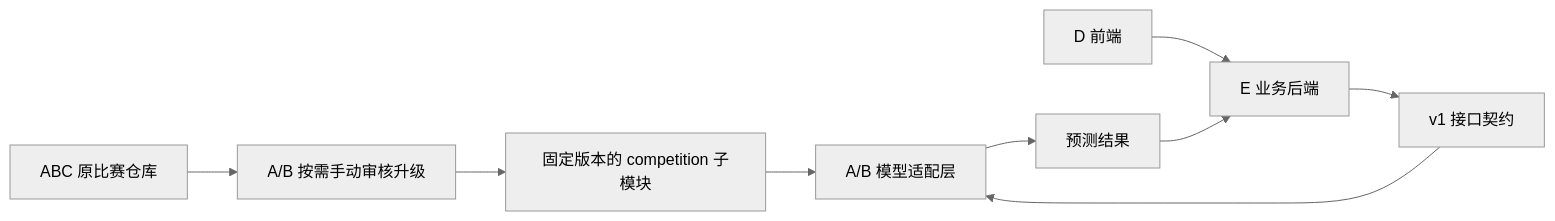
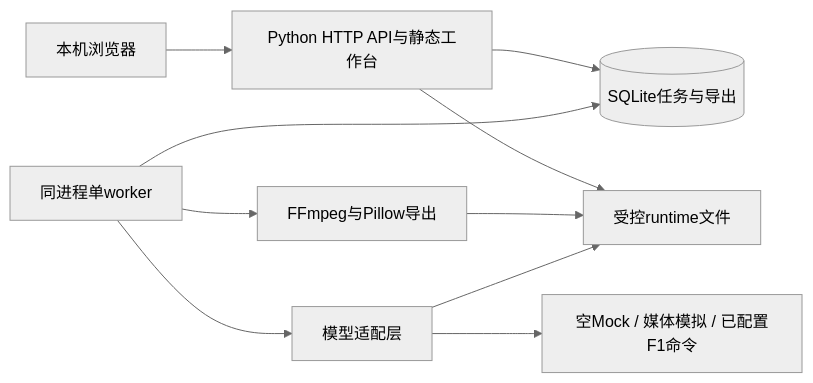
The first of 2 diagrams in docs/architecture.md (Regulus-Blac/highlight-studio), drawn with Mermaid (neutral theme) before and after one commit. The commit also changed other lines of this file and 28 other files, not shown here.

````diff
--- a/docs/architecture.md
+++ b/docs/architecture.md
@@ -15,11 +7,12 @@
 ```mermaid
 flowchart LR
-    ABC[ABC 原比赛仓库] --> PR[A/B 按需手动审核升级]
-    PR --> V[固定版本的 competition 子模块]
-    V --> M[A/B 模型适配层]
-    F[D 前端] --> B[E 业务后端]
-    B --> C[v1 接口契约]
-    C --> M
-    M --> R[预测结果]
-    R --> B
+    L[本机浏览器] --> H[Python HTTP API与静态工作台]
+    H --> DB[(SQLite任务与导出)]
+    H --> FS[受控runtime文件]
+    W[同进程单worker] --> DB
+    W --> A[模型适配层]
+    A --> M[空Mock / 媒体模拟 / 已配置F1命令]
+    W --> R[FFmpeg与Pillow导出]
+    R --> FS
+    A --> FS
 ```
````
